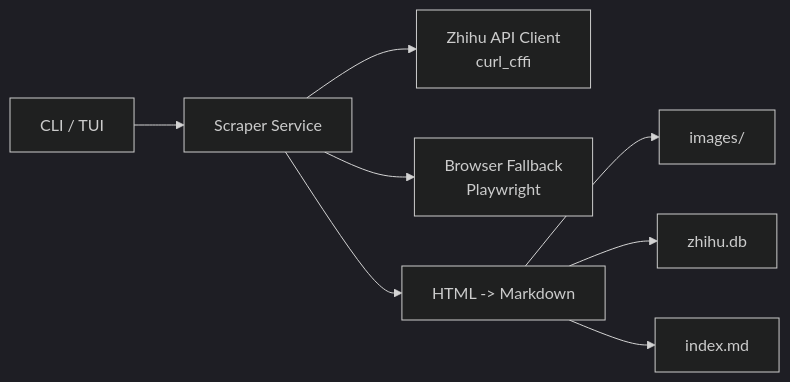
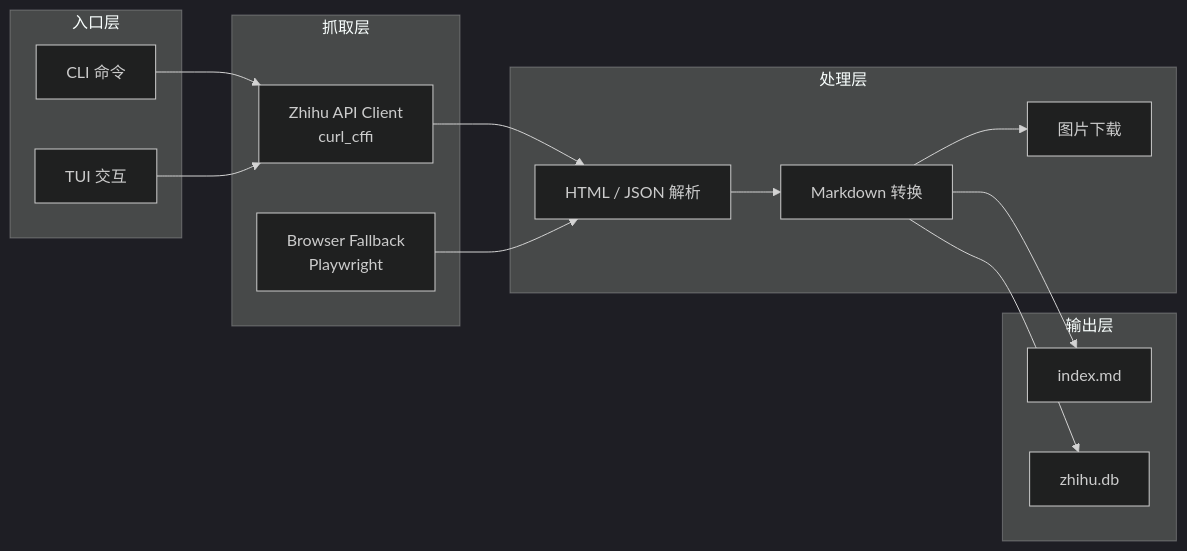
Before and after one commit to Smartloe/zhihu-scraper: the first of 2 diagrams in README.md, drawn with Mermaid (dark theme). The commit also changed other lines of this file and 1 other file, not shown here.

````diff
--- a/README.md
+++ b/README.md
@@ -99,10 +118,32 @@
 ```mermaid
 flowchart LR
-    A["CLI / TUI"] --> B["Scraper Service"]
-    B --> C["Zhihu API Client<br/>curl_cffi"]
-    B --> D["Browser Fallback<br/>Playwright"]
-    B --> E["HTML -> Markdown"]
-    E --> F["images/"]
-    E --> G["zhihu.db"]
-    E --> H["index.md"]
+    subgraph I["入口层"]
+        A["CLI 命令"]
+        B["TUI 交互"]
+    end
+
+    subgraph S["抓取层"]
+        C["Zhihu API Client<br/>curl_cffi"]
+        D["Browser Fallback<br/>Playwright"]
+    end
+
+    subgraph P["处理层"]
+        E["HTML / JSON 解析"]
+        F["Markdown 转换"]
+        G["图片下载"]
+    end
+
+    subgraph O["输出层"]
+        H["index.md"]
+        J["zhihu.db"]
+    end
+
+    A --> C
+    B --> C
+    C --> E
+    D --> E
+    E --> F
+    F --> G
+    F --> H
+    F --> J
 ```
````
